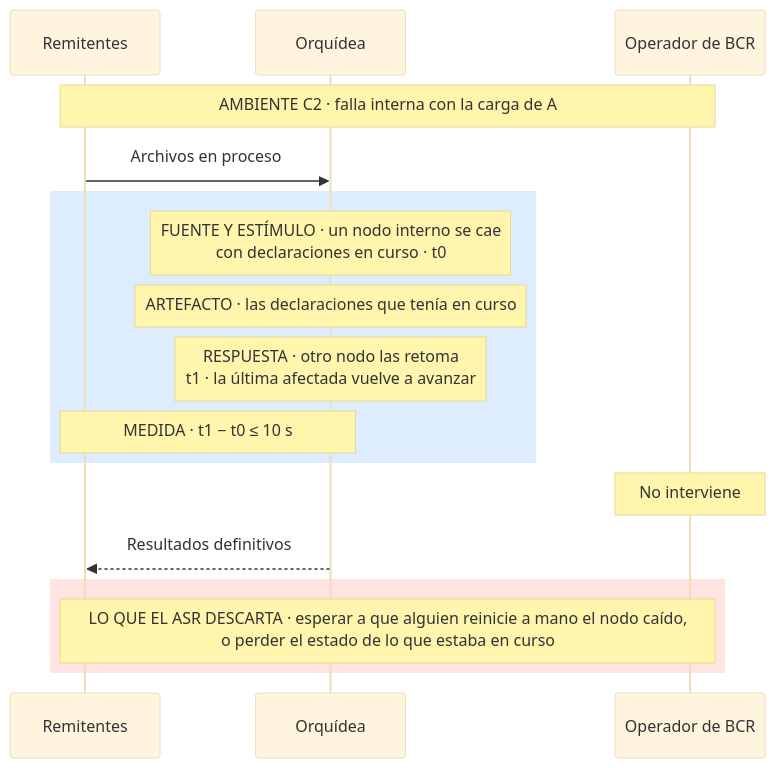
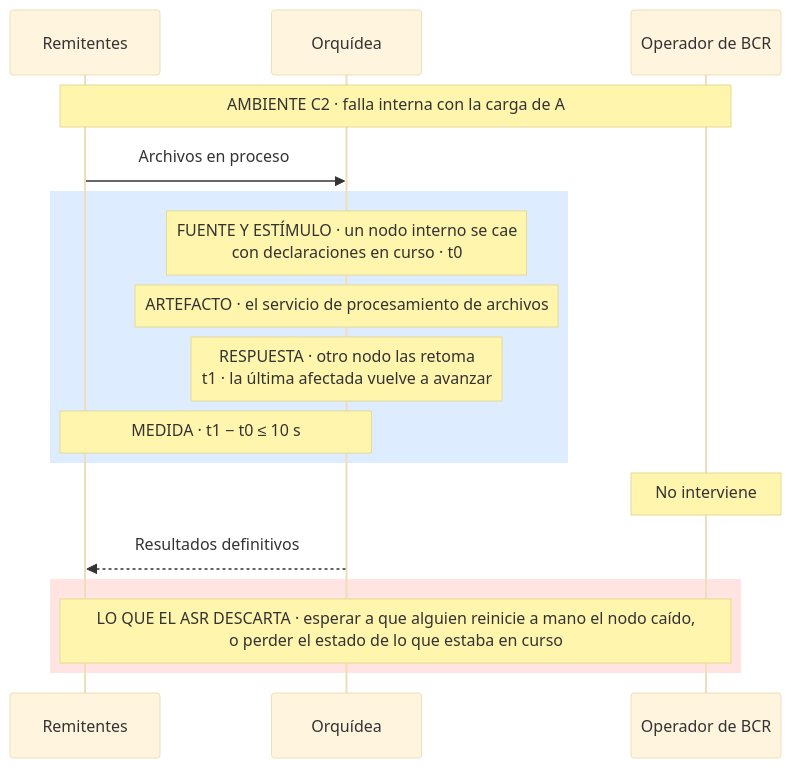
One commit to MATI-MBIT/arqsoft-reto-4 changed diagram 13 of 17 in docs/quality-attributes.md. Above: the diagram before and after it, drawn with Mermaid (base theme). The commit also changed other lines of this file and 3 other files, not shown here.

````diff
--- a/docs/quality-attributes.md
+++ b/docs/quality-attributes.md
@@ -603,19 +603,19 @@
 ```mermaid
 sequenceDiagram
     participant R as Remitentes
     participant O as Orquídea
     participant Op as Operador de BCR
     Note over R,Op: AMBIENTE C2 · falla interna con la carga de A
     R->>O: Archivos en proceso
     rect rgb(222, 236, 255)
     Note over O: FUENTE Y ESTÍMULO · un nodo interno se cae<br/>con declaraciones en curso · t0
-    Note over O: ARTEFACTO · las declaraciones que tenía en curso
+    Note over O: ARTEFACTO · el servicio de procesamiento de archivos
     Note over O: RESPUESTA · otro nodo las retoma<br/>t1 · la última afectada vuelve a avanzar
     Note over R,O: MEDIDA · t1 − t0 ≤ 10 s
     end
     Note over Op: No interviene
     O-->>R: Resultados definitivos
     rect rgb(255, 228, 225)
     Note over R,Op: LO QUE EL ASR DESCARTA · esperar a que alguien reinicie a mano el nodo caído,<br/>o perder el estado de lo que estaba en curso
     end
 ```
````
